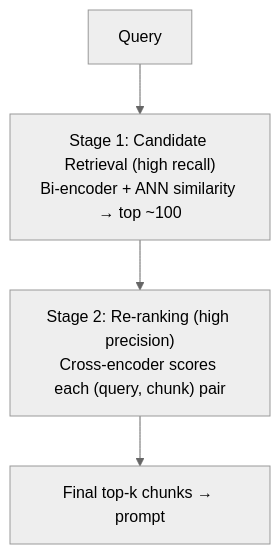
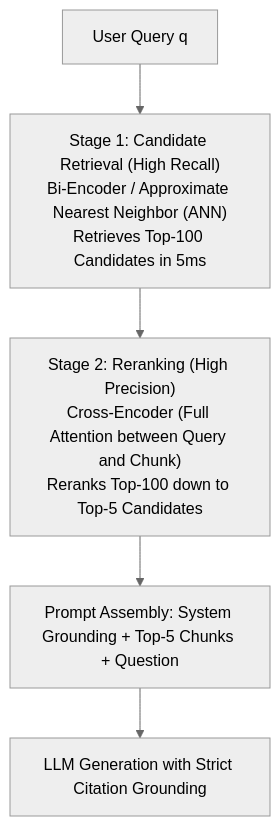
One commit to 1345AbhishekKumar/cs-cookbook changed the second of 6 diagrams in content/docs/ai-agents/agentic-ai/07-agentic-llms-rag-tools-mcp.mdx. Above: the diagram before and after it, drawn with Mermaid (neutral theme). The commit also changed other lines of this file and 299 other files, not shown here.

````diff
--- a/content/docs/ai-agents/agentic-ai/07-agentic-llms-rag-tools-mcp.mdx
+++ b/content/docs/ai-agents/agentic-ai/07-agentic-llms-rag-tools-mcp.mdx
@@ -68,6 +71,9 @@
 ```mermaid
 flowchart TD
-    Q["Query"] --> S1["Stage 1: Candidate Retrieval (high recall)<br/>Bi-encoder + ANN similarity → top ~100"]
-    S1 --> S2["Stage 2: Re-ranking (high precision)<br/>Cross-encoder scores each (query, chunk) pair"]
-    S2 --> TopK["Final top-k chunks → prompt"]
+    User["User Query q"] --> Stage1["Stage 1: Candidate Retrieval (High Recall)<br/>Bi-Encoder / Approximate Nearest Neighbor (ANN)<br/>Retrieves Top-100 Candidates in 5ms"]
+    
+    Stage1 --> Stage2["Stage 2: Reranking (High Precision)<br/>Cross-Encoder (Full Attention between Query and Chunk)<br/>Reranks Top-100 down to Top-5 Candidates"]
+    
+    Stage2 --> Prompt["Prompt Assembly: System Grounding + Top-5 Chunks + Question"]
+    Prompt --> Gen["LLM Generation with Strict Citation Grounding"]
 ```
````
